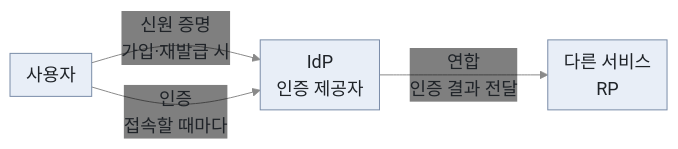
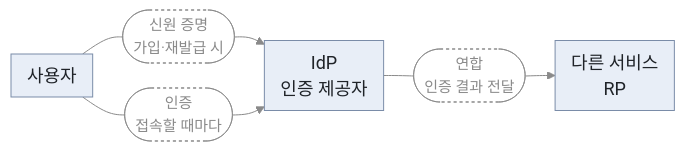
One commit to secututor/security-knowledge-base changed the first of 3 diagrams in security-fundamentals/pki-identity/identity-fundamentals.md. Above: the diagram before and after it, drawn with Mermaid. The commit also changed other lines of this file and 27 other files, not shown here.

Commit message:
docs: Mermaid 설명형 화살표 라벨을 보조 노드로 분리, 짧은 라벨 상자 복원

````diff
--- a/security-fundamentals/pki-identity/identity-fundamentals.md
+++ b/security-fundamentals/pki-identity/identity-fundamentals.md
@@ -53,7 +53,9 @@
 ```mermaid
-%%{init: {"theme": "base", "themeVariables": {"fontSize": "18px", "primaryColor": "#e8eef7", "primaryTextColor": "#1f2328", "primaryBorderColor": "#7a8ca8", "secondaryColor": "#eef1f5", "tertiaryColor": "#f5f7fa", "lineColor": "#8a8a8a", "edgeLabelBackground": "transparent", "textColor": "#8a8a8a", "transitionLabelColor": "#8a8a8a", "clusterBkg": "#f5f7fa", "clusterBorder": "#7a8ca8", "actorBkg": "#e8eef7", "actorBorder": "#7a8ca8", "actorTextColor": "#1f2328", "actorLineColor": "#8a8a8a", "signalColor": "#8a8a8a", "signalTextColor": "#8a8a8a", "noteBkgColor": "#fff8dc", "noteTextColor": "#1f2328", "noteBorderColor": "#c9b458"}, "flowchart": {"nodeSpacing": 25, "rankSpacing": 60, "padding": 8}, "sequence": {"width": 110, "height": 40, "boxMargin": 6, "noteMargin": 6, "actorMargin": 40}}}%%
+%%{init: {"theme": "base", "themeVariables": {"fontSize": "18px", "primaryColor": "#e8eef7", "primaryTextColor": "#1f2328", "primaryBorderColor": "#7a8ca8", "secondaryColor": "#eef1f5", "tertiaryColor": "#f5f7fa", "lineColor": "#8a8a8a", "edgeLabelBackground": "#eef1f5", "clusterBkg": "#f5f7fa", "clusterBorder": "#7a8ca8", "actorBkg": "#e8eef7", "actorBorder": "#7a8ca8", "actorTextColor": "#1f2328", "actorLineColor": "#8a8a8a", "signalColor": "#8a8a8a", "signalTextColor": "#8a8a8a", "noteBkgColor": "#fff8dc", "noteTextColor": "#1f2328", "noteBorderColor": "#c9b458"}, "flowchart": {"nodeSpacing": 25, "rankSpacing": 30, "padding": 8}, "sequence": {"width": 110, "height": 40, "boxMargin": 6, "noteMargin": 6, "actorMargin": 40}}}%%
 flowchart LR
-    U["사용자"] -->|"신원 증명<br>가입·재발급 시"| IDP["IdP<br>인증 제공자"]
-    U -->|"인증<br>접속할 때마다"| IDP
-    IDP -->|"연합<br>인증 결과 전달"| RP["다른 서비스<br>RP"]
+    U["사용자"] --- P(["신원 증명<br>가입·재발급 시"]) --> IDP["IdP<br>인증 제공자"]
+    U --- A(["인증<br>접속할 때마다"]) --> IDP
+    IDP --- F(["연합<br>인증 결과 전달"]) --> RP["다른 서비스<br>RP"]
+    classDef aux fill:transparent,stroke:#8a8a8a,stroke-dasharray:3 3,color:#8a8a8a,font-size:15px
+    class P,A,F aux
 ```
````
